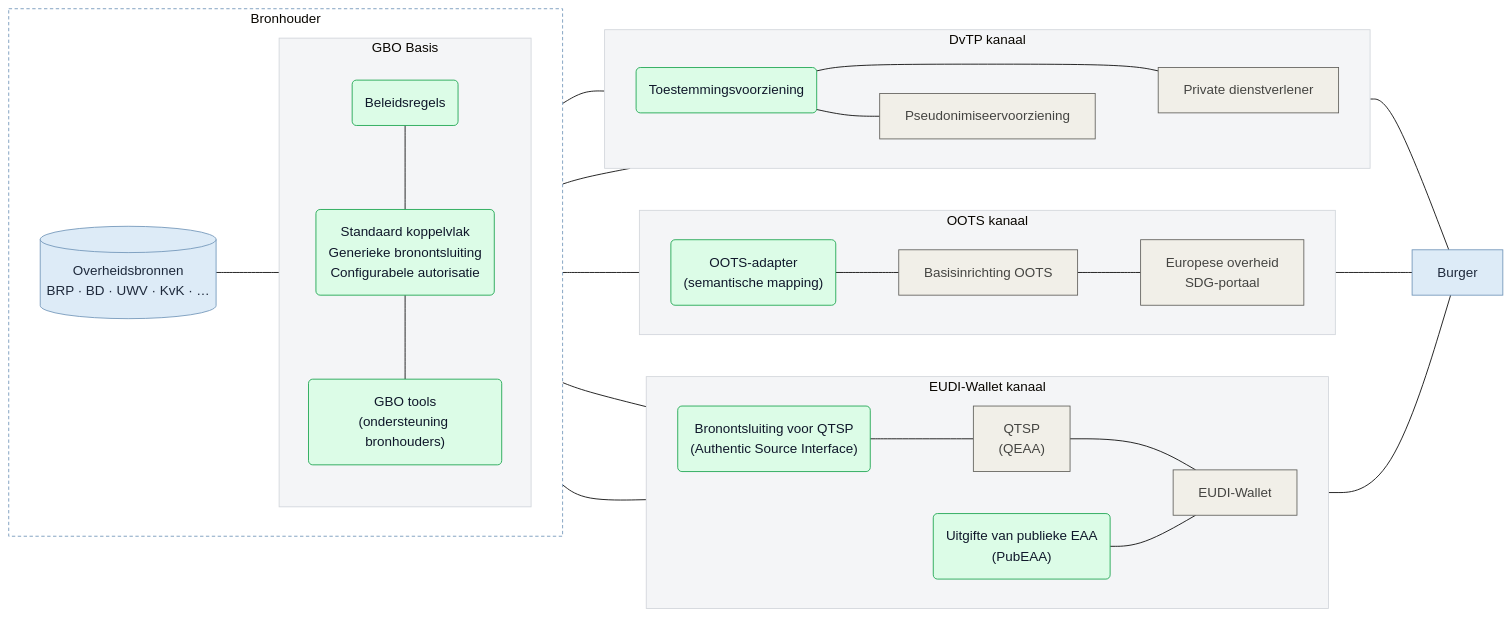
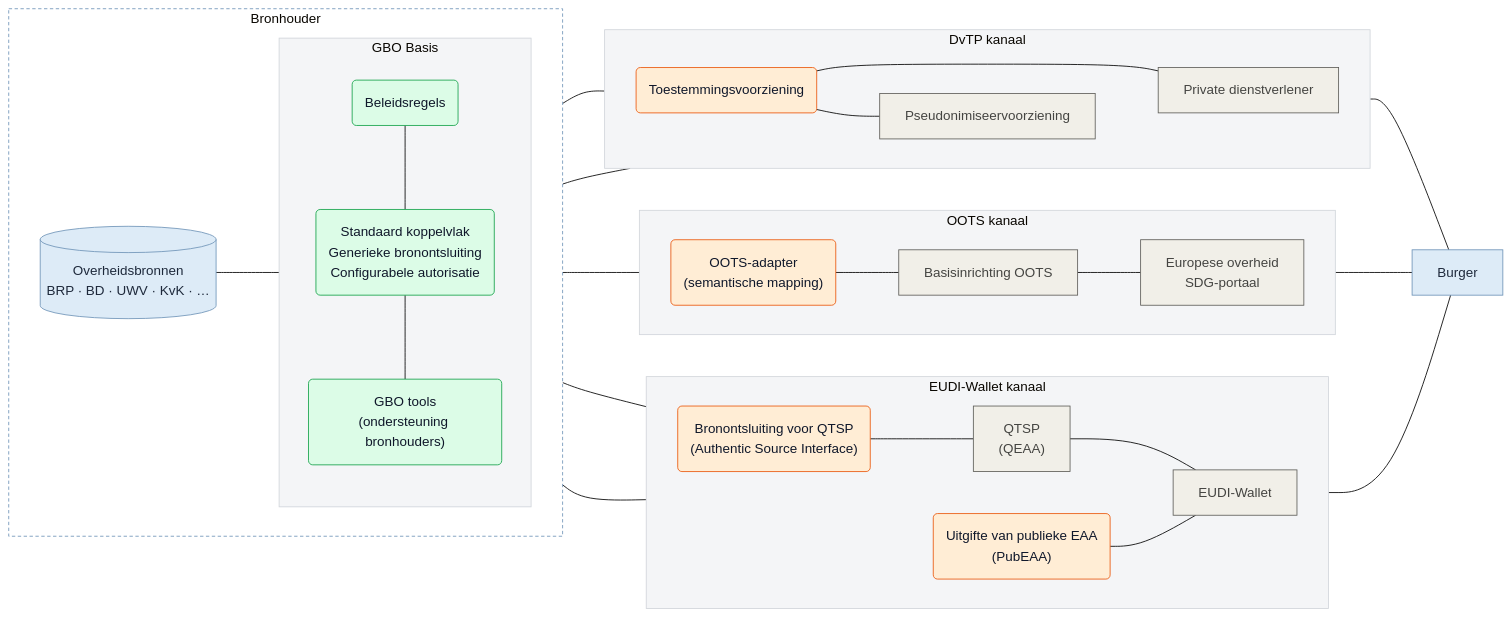
One commit to ICTU/GBO-GO changed the diagram in pr-preview/pr-57/diagrammen/gbo_swimlanes_simpel.mmd. Above: the diagram before and after it, drawn with Mermaid. The commit also changed 3 other files, not shown here.

```diff
--- a/pr-preview/pr-57/diagrammen/gbo_swimlanes_simpel.mmd
+++ b/pr-preview/pr-57/diagrammen/gbo_swimlanes_simpel.mmd
@@ -1,91 +1,92 @@
 %%{
   init: {
     'theme': 'base',
     'themeVariables': {
       'darkMode': false,
       'background': '#FFFFFF',
       'edgeLabelBackground': '#FFFFFF'
     },
     'themeCSS': 'svg, .mermaid, #mermaid-svg, .mermaid > svg { background-color: #FFFFFF !important; background: #FFFFFF !important; } @media (prefers-color-scheme: dark) { svg, .mermaid, #mermaid-svg, .mermaid > svg { background-color: #FFFFFF !important; background: #FFFFFF !important; } }'
   }
 }%%
 flowchart LR
   subgraph bronhouder["Bronhouder"]
     direction LR
         bron[("Overheidsbronnen<br/>BRP · BD · UWV · KvK · …")]
     subgraph gbo["GBO Basis"]
       direction TB
           fsc_pap("Beleidsregels")
           fsc("Standaard koppelvlak<br/>Generieke bronontsluiting<br/>Configurabele autorisatie")
           fsc_tools("GBO tools<br/>(ondersteuning bronhouders)")
     end
   end
   subgraph eudi["EUDI-Wallet kanaal"]
     direction LR
         eudi_asi("Bronontsluiting voor QTSP<br/>(Authentic Source Interface)")
         eudi_pubeaa("Uitgifte van publieke EAA<br/>(PubEAA)")
         eudi_qeaa["QTSP<br/>(QEAA)"]
         eudi_wallet["EUDI-Wallet"]
   end
   subgraph oots["OOTS kanaal"]
     direction LR
         oots_adapter("OOTS-adapter<br/>(semantische mapping)")
         oots_basis["Basisinrichting OOTS"]
         oots_afnemer["Europese overheid<br/>SDG-portaal"]
   end
   subgraph dvtp["DvTP kanaal"]
     direction LR
         dvtp_toestemming("Toestemmingsvoorziening")
         dvtp_pseudoniem["Pseudonimiseervoorziening"]
         dvtp_afnemer["Private dienstverlener"]
   end
 
   fsc_pap --- fsc
   fsc --- fsc_tools
   bron --- gbo
   eudi_asi --- eudi_qeaa
   eudi_qeaa --- eudi_wallet
   gbo --- eudi_asi & eudi_pubeaa & oots_adapter & dvtp_afnemer
   eudi_pubeaa --- eudi_wallet
   oots_adapter --- oots_basis
   oots_basis --- oots_afnemer
   gbo --- dvtp_toestemming
   dvtp_toestemming --- dvtp_afnemer
   dvtp_toestemming --- dvtp_pseudoniem
   dvtp_pseudoniem ~~~ dvtp_afnemer
   eudi_wallet --- burger["Burger"]
   oots_afnemer --- burger
   dvtp_afnemer --- burger
 
-  fsc_pap:::gbo
-  fsc:::gbo
-  fsc_tools:::gbo
-  eudi_asi:::gbo
-  eudi_pubeaa:::gbo
+  fsc_pap:::gbo_d
+  fsc:::gbo_d
+  fsc_tools:::gbo_d
+  eudi_asi:::gbo_c
+  eudi_pubeaa:::gbo_c
   eudi_qeaa:::eudi
   eudi_wallet:::eudi
-  oots_adapter:::gbo
+  oots_adapter:::gbo_c
   oots_basis:::oots
   oots_afnemer:::oots
-  dvtp_toestemming:::gbo
+  dvtp_toestemming:::gbo_c
   dvtp_pseudoniem:::dvtp
   dvtp_afnemer:::dvtp
   bron:::bron
   burger:::burger
 
   %% Subgraph Stijlen (vervangt het geel)
   style bronhouder fill:#FFFFFF,stroke:#6F94B8,stroke-width:1px,stroke-dasharray:4 3
   style gbo fill:#F4F5F7,stroke:#D1D5DB,stroke-width:1px
   style eudi fill:#F4F5F7,stroke:#D1D5DB,stroke-width:1px
   style oots fill:#F4F5F7,stroke:#D1D5DB,stroke-width:1px
   style dvtp fill:#F4F5F7,stroke:#D1D5DB,stroke-width:1px
 
   %% Onderscheidende Elementstijlen (zachte pasteltinten)
   classDef bron fill:#DDEBF7,stroke:#6F94B8,color:#1E293B
   classDef burger fill:#DDEBF7,stroke:#6F94B8,color:#1E293B
 
   classDef eudi fill:#f1efe8,stroke:#5f5e5a,color:#444441
   classDef oots fill:#f1efe8,stroke:#5f5e5a,color:#444441
   classDef dvtp fill:#f1efe8,stroke:#5f5e5a,color:#444441
 
-  classDef gbo fill:#DCFCE7,stroke:#16A34A,color:#0F172A
+  classDef gbo_d fill:#DCFCE7,stroke:#16A34A,color:#0F172A
+  classDef gbo_c fill:#FFEDD5,stroke:#EA580C,color:#0F172A
```
